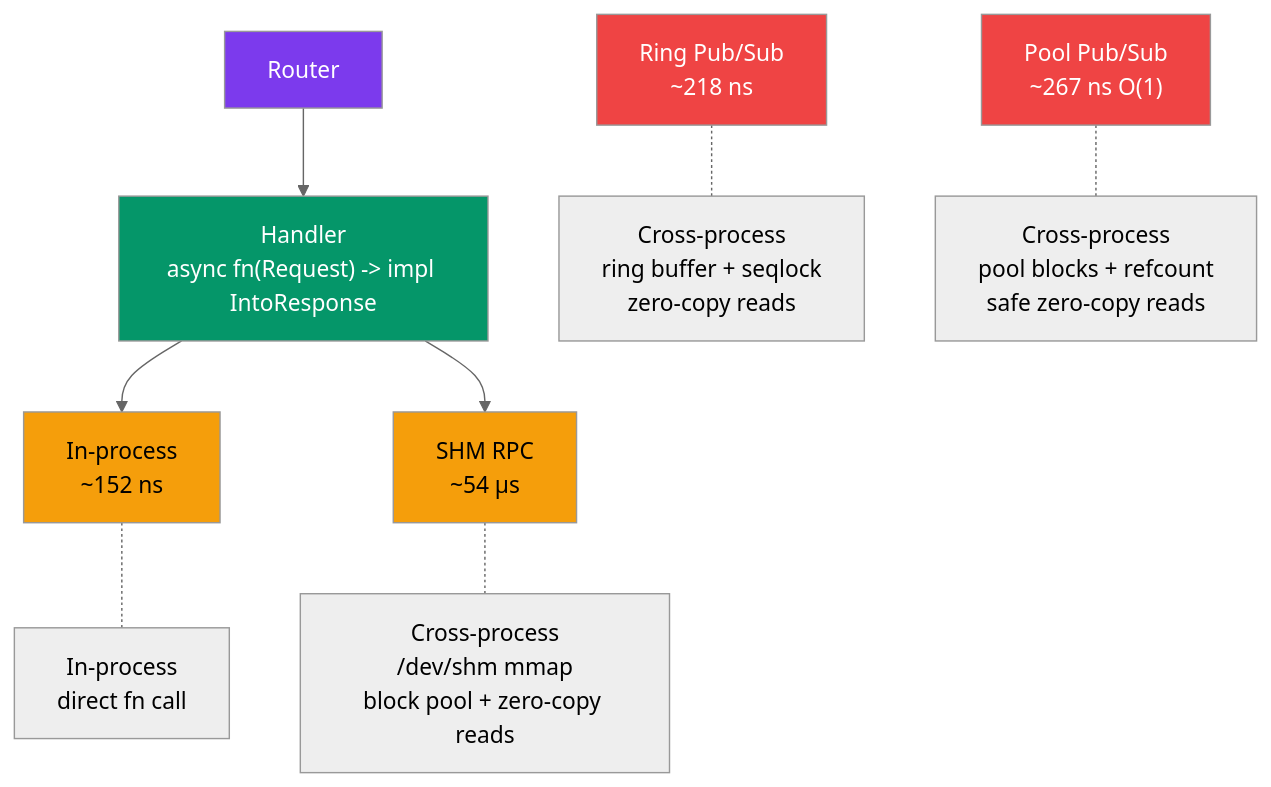
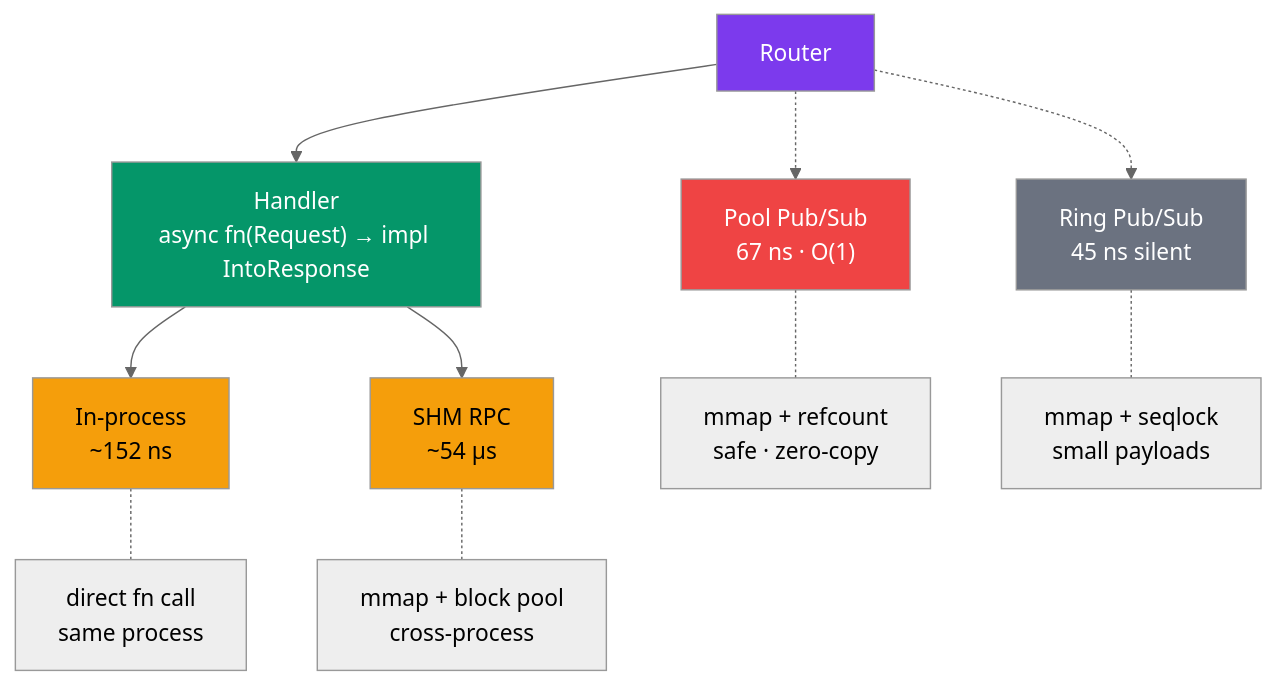
Before and after one commit to userFRM/crossbar: the diagram in README.md, drawn with Mermaid (neutral theme). The commit also changed other lines of this file and 1 other file, not shown here.

First line of the commit message:
Major docs cleanup: lead with pool pub/sub, fix stale numbers, clean architecture

````diff
--- a/README.md
+++ b/README.md
@@ -221,21 +80,22 @@
 ```mermaid
 graph TD
-    R["Router"] --> H["Handler<br>async fn(Request) -> impl IntoResponse"]
+    R["Router"] --> H["Handler<br>async fn(Request) → impl IntoResponse"]
 
     H --> M["In-process<br>~152 ns"]
     H --> SHM["SHM RPC<br>~54 µs"]
 
-    M -.- MP["In-process<br>direct fn call"]
-    SHM -.- SP["Cross-process<br>/dev/shm mmap<br>block pool + zero-copy reads"]
+    R -.-> PP["Pool Pub/Sub<br>67 ns · O(1)"]
+    R -.-> PS["Ring Pub/Sub<br>45 ns silent"]
 
-    PS["Ring Pub/Sub<br>~218 ns"] -.- PSP["Cross-process<br>ring buffer + seqlock<br>zero-copy reads"]
-    PP["Pool Pub/Sub<br>~267 ns O(1)"] -.- PPP["Cross-process<br>pool blocks + refcount<br>safe zero-copy reads"]
-
-    style PP fill:#ef4444,color:#fff
+    M -.- MP["direct fn call<br>same process"]
+    SHM -.- SP["mmap + block pool<br>cross-process"]
+    PP -.- PPP["mmap + refcount<br>safe · zero-copy"]
+    PS -.- PSP["mmap + seqlock<br>small payloads"]
 
     style R fill:#7c3aed,color:#fff
     style H fill:#059669,color:#fff
     style M fill:#f59e0b,color:#000
     style SHM fill:#f59e0b,color:#000
-    style PS fill:#ef4444,color:#fff
+    style PP fill:#ef4444,color:#fff
+    style PS fill:#6b7280,color:#fff
 ```
````
